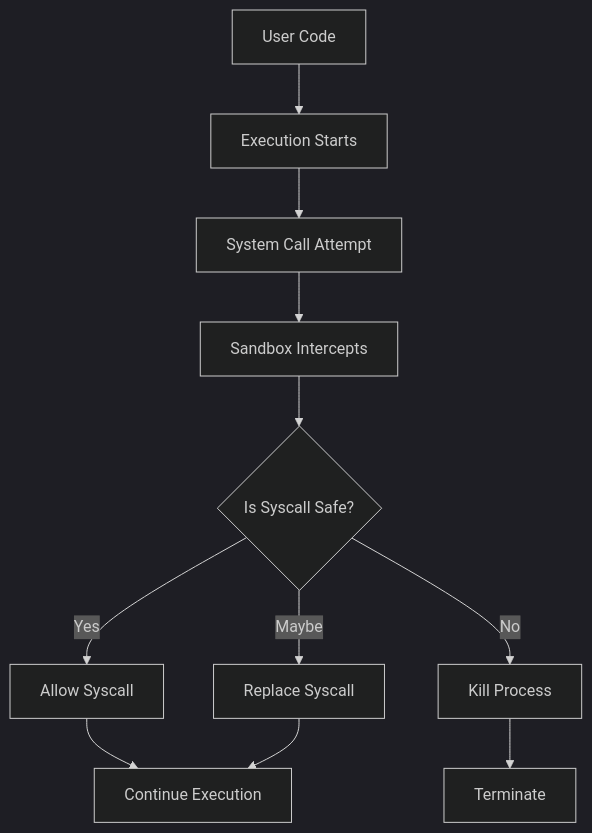
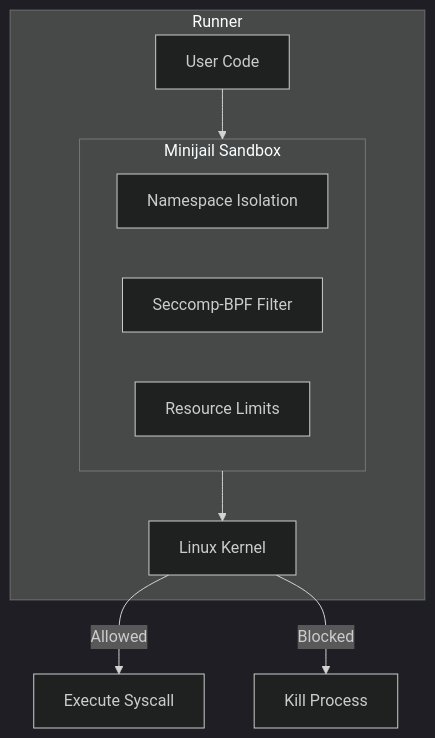
Before and after one commit to antedotee/omegaup-docs: the first of 2 diagrams in docs/features/sandbox.md, drawn with Mermaid (dark theme). The commit also changed other lines of this file and 46 other files, not shown here.

````diff
--- a/docs/features/sandbox.md
+++ b/docs/features/sandbox.md
@@ -17,13 +22,17 @@
 ```mermaid
 flowchart TD
-    Code[User Code] --> Execute[Execution Starts]
-    Execute --> Syscall[System Call Attempt]
-    Syscall --> Sandbox[Sandbox Intercepts]
-    Sandbox --> Decision{Is Syscall Safe?}
-    Decision -->|Yes| Allow[Allow Syscall]
-    Decision -->|Maybe| Replace[Replace Syscall]
-    Decision -->|No| Kill[Kill Process]
-    Allow --> Continue[Continue Execution]
-    Replace --> Continue
-    Kill --> End[Terminate]
+    subgraph Runner
+        Code[User Code] --> Minijail
+        
+        subgraph Minijail[Minijail Sandbox]
+            Namespaces[Namespace Isolation]
+            Seccomp[Seccomp-BPF Filter]
+            Limits[Resource Limits]
+        end
+        
+        Minijail --> Kernel[Linux Kernel]
+    end
+    
+    Kernel --> |Allowed| Execute[Execute Syscall]
+    Kernel --> |Blocked| Kill[Kill Process]
 ```
````
